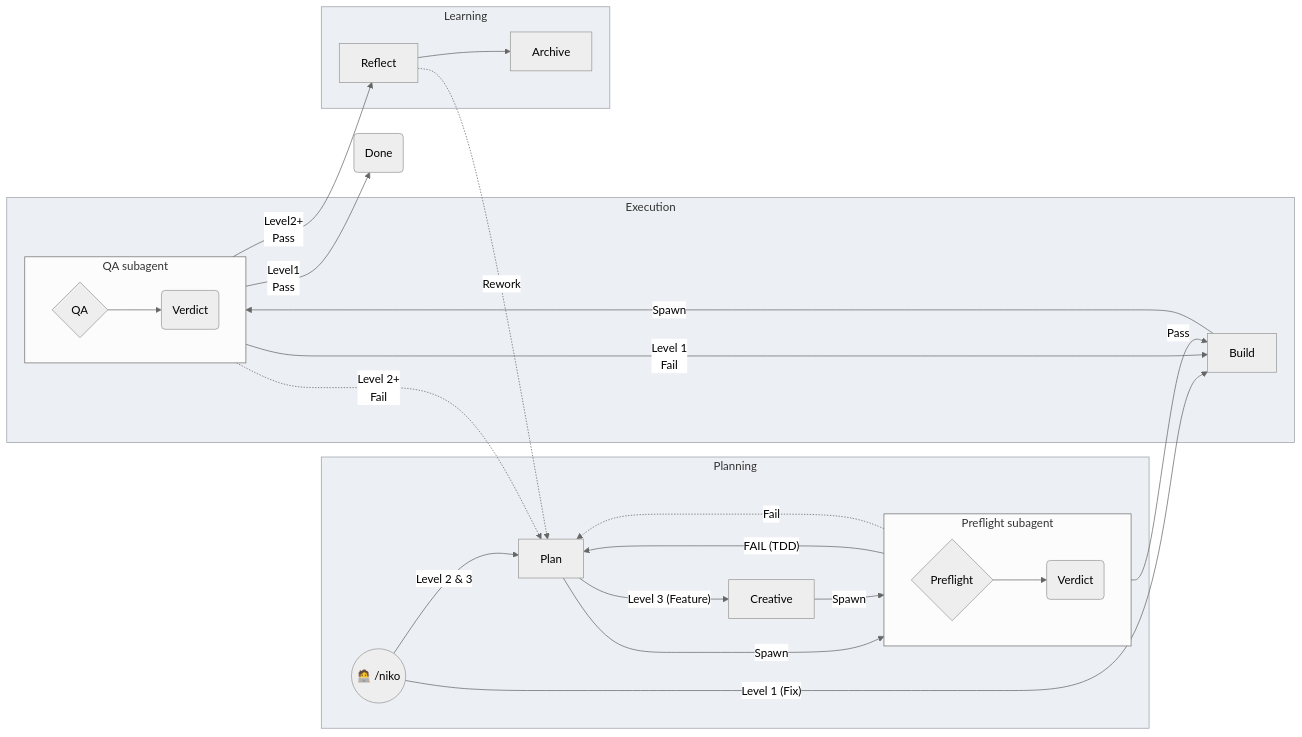
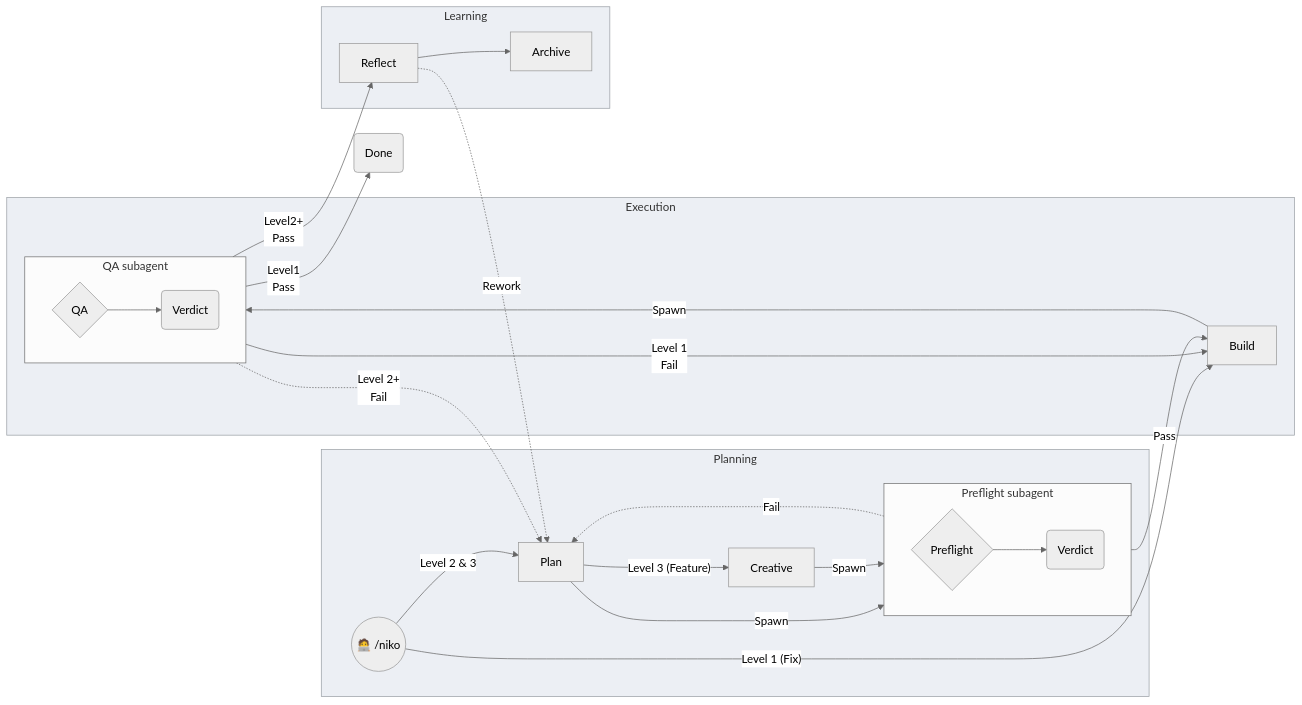
One commit to Texarkanine/.cursor-rules changed the second of 6 diagrams in rulesets/niko/README.md. Above: the diagram before and after it, drawn with Mermaid (neutral theme). The commit also changed other lines of this file and 10 other files, not shown here.

````diff
--- a/rulesets/niko/README.md
+++ b/rulesets/niko/README.md
@@ -93,46 +93,45 @@
 ```mermaid
 flowchart LR
 	Niko(("🧑‍💻 /niko"))
 	Archive["Archive"]
 
 	subgraph Planning
 		Plan["Plan"]
 		Creative["Creative"]
 		Niko -- "Level 2 & 3" --> Plan
 		Plan -- "Level 3 (Feature)" --> Creative
 		Plan --Spawn--> NikoPreflight
 		Creative --Spawn--> NikoPreflight
 		subgraph PreflightSubagent["Preflight subagent"]
 			direction LR
 			NikoPreflight{"Preflight"} --> PreflightVerdict("Verdict")
 		end
-		PreflightVerdict -->|"FAIL (TDD)"| Plan
 		PreflightVerdict -.->|"Fail"| Plan
 	end
 
 	Niko -- "Level 1 (Fix)" --> Build
 	PreflightVerdict -->|"Pass"| Build
 
 	subgraph Execution
 		Build["Build"]
 		Build --Spawn--> NikoQA
 		subgraph QASubagent["QA subagent"]
 			direction LR
 			NikoQA{"QA"} --> QAVerdict("Verdict")
 		end
 	end
 
 	QAVerdict -->|"Level 1<br>Fail"| Build
 	QAVerdict -.->|"Level 2+<br>Fail"| Plan
 	QAVerdict -->|"Level1<br>Pass"| Done("Done")
 	QAVerdict -->|"Level2+<br>Pass"| Reflect
 
 	subgraph Learning
 		Reflect["Reflect"]
 		Reflect -.->|"Rework"| Plan
 		Reflect --> Archive
 	end
 
 	classDef ideology fill:#eceff4,stroke:#9aa0a6,color:#333
 	class Planning,Execution,Learning ideology
 ```
````
